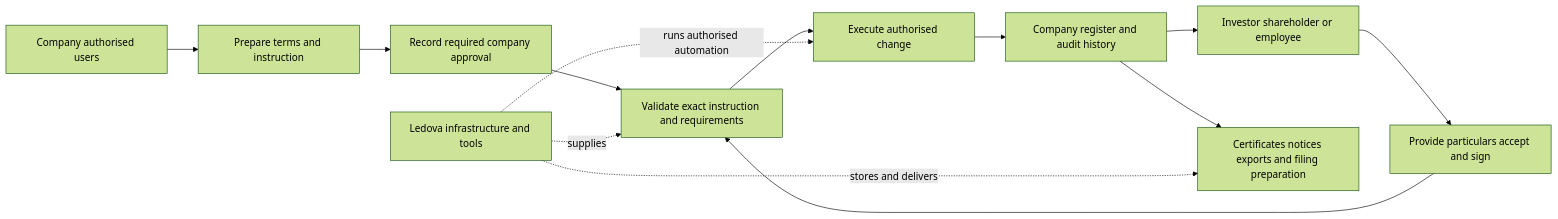
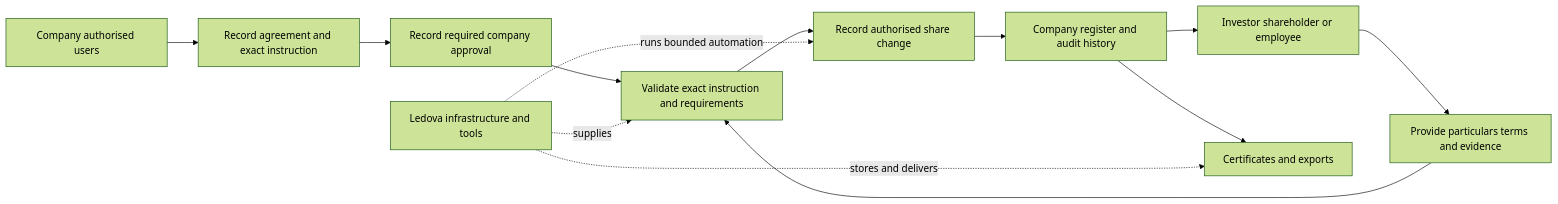
One commit to Ledova/ledova changed the diagram in docs/architecture/company-managed-registers.md. Above: the diagram before and after it, drawn with Mermaid (forest theme). The commit also changed other lines of this file and 13 other files, not shown here.

````diff
--- a/docs/architecture/company-managed-registers.md
+++ b/docs/architecture/company-managed-registers.md
@@ -281,15 +296,15 @@
 ```mermaid
 flowchart LR
-    C[Company authorised users] --> P[Prepare terms and instruction]
+    C[Company authorised users] --> P[Record agreement and exact instruction]
     P --> A[Record required company approval]
-    H[Investor shareholder or employee] --> S[Provide particulars accept and sign]
+    H[Investor shareholder or employee] --> S[Provide particulars terms and evidence]
     S --> V[Validate exact instruction and requirements]
     A --> V
-    V --> E[Execute authorised change]
+    V --> E[Record authorised share change]
     E --> R[Company register and audit history]
-    R --> D[Certificates notices exports and filing preparation]
+    R --> D[Certificates and exports]
     R --> H
     L[Ledova infrastructure and tools] -. supplies .-> V
-    L -. runs authorised automation .-> E
+    L -. runs bounded automation .-> E
     L -. stores and delivers .-> D
 ```
````
